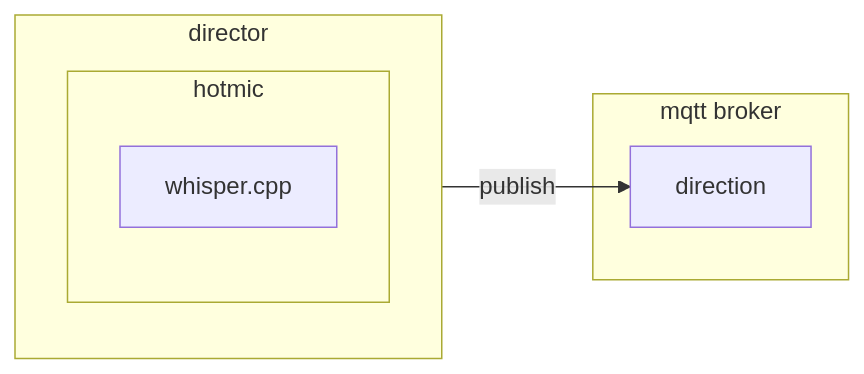
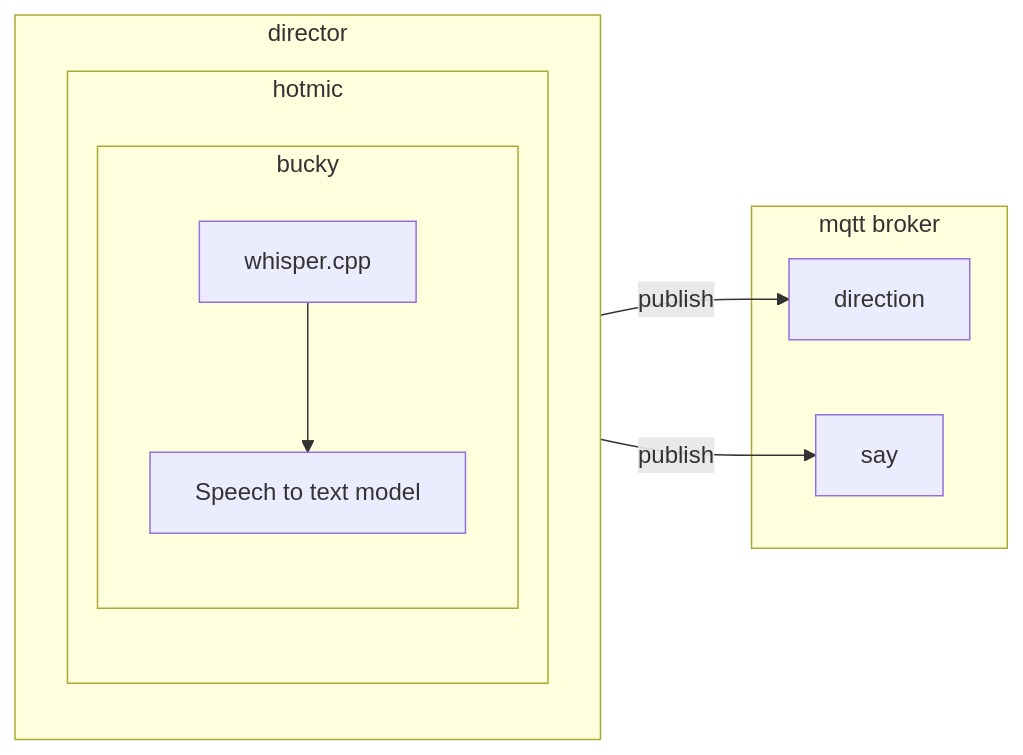
One commit to deadprogram/talkingheads changed the fourth of 6 diagrams in README.md. Above: the diagram before and after it, drawn with Mermaid. The commit also changed other lines of this file and 9 other files, not shown here.

First line of the commit message:
pkg/hotmic: replace whisper.cpp CGo bindings with ardanlabs/bucky

````diff
--- a/README.md
+++ b/README.md
@@ -100,13 +100,18 @@
 ```mermaid
 flowchart LR
 subgraph mqtt broker
     direction
+    say
 end
 subgraph director
     hotmic
 end
 subgraph hotmic
-    whisper.cpp
+    subgraph bucky
+        whisper.cpp
+        whisper.cpp-->stt[Speech to text model]
+    end
 end
 director -- publish --> direction
+director -- publish --> say
 ```
````
